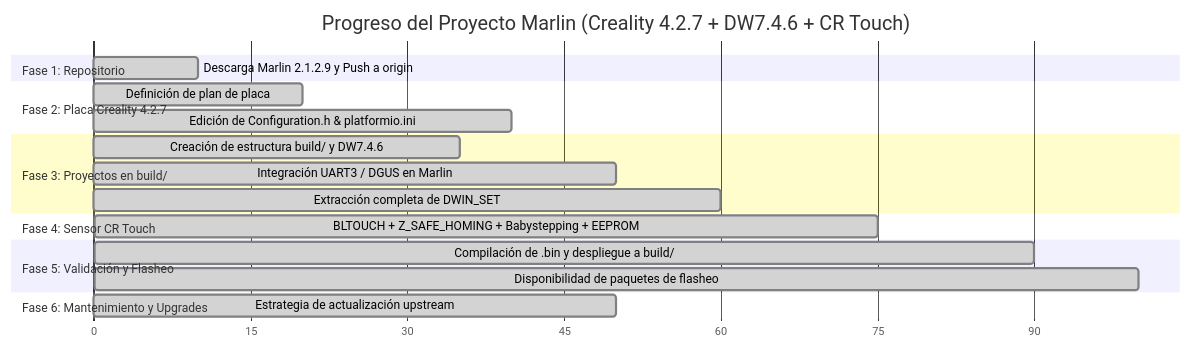
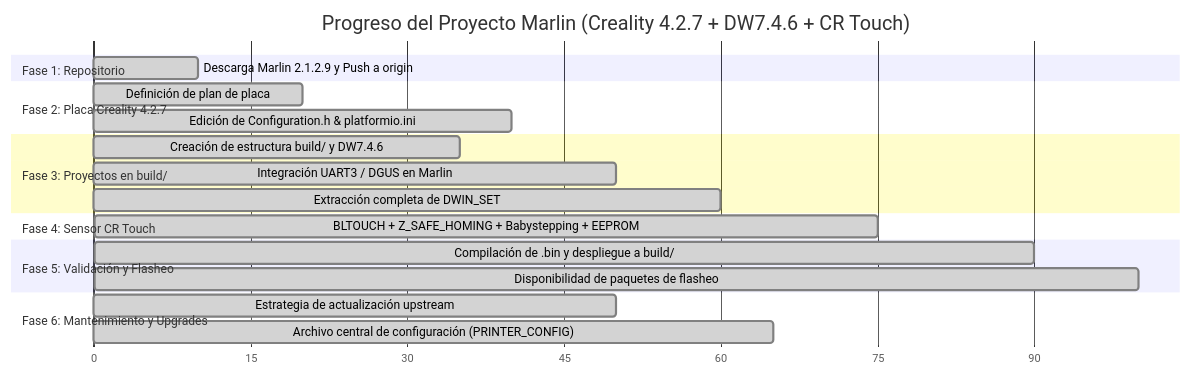
One commit to enav12/Marlin changed the diagram in PLAN_MAESTRO.md. Above: the diagram before and after it, drawn with Mermaid. The commit also changed other lines of this file and 7 other files, not shown here.

Commit message:
feat: centralizar parametros de compilacion en PRINTER_CONFIG.h y anadir scripts de compilacion rapida

````diff
--- a/PLAN_MAESTRO.md
+++ b/PLAN_MAESTRO.md
@@ -27,22 +28,23 @@
 ```mermaid
 gantt
     title Progreso del Proyecto Marlin (Creality 4.2.7 + DW7.4.6 + CR Touch)
     dateFormat  X
     axisFormat %s
     section Fase 1: Repositorio
     Descarga Marlin 2.1.2.9 y Push a origin        :done, 0, 10
     section Fase 2: Placa Creality 4.2.7
     Definición de plan de placa                    :done, 10, 20
     Edición de Configuration.h & platformio.ini    :done, 20, 40
     section Fase 3: Proyectos en build/
     Creación de estructura build/ y DW7.4.6        :done, 20, 35
     Integración UART3 / DGUS en Marlin             :done, 35, 50
     Extracción completa de DWIN_SET                :done, 50, 60
     section Fase 4: Sensor CR Touch
     BLTOUCH + Z_SAFE_HOMING + Babystepping + EEPROM:done, 60, 75
     section Fase 5: Validación y Flasheo
     Compilación de .bin y despliegue a build/      :done, 75, 90
     Disponibilidad de paquetes de flasheo          :done, 90, 100
     section Fase 6: Mantenimiento y Upgrades
     Estrategia de actualización upstream           :done, 30, 50
+    Archivo central de configuración (PRINTER_CONFIG):done, 50, 65
 ```
````
